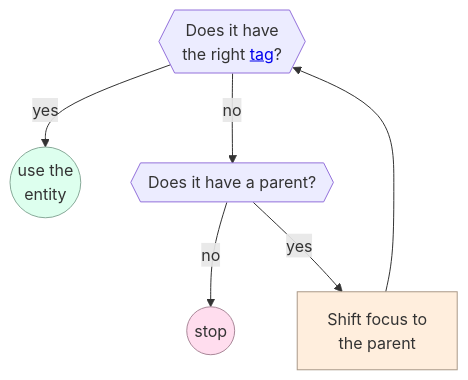
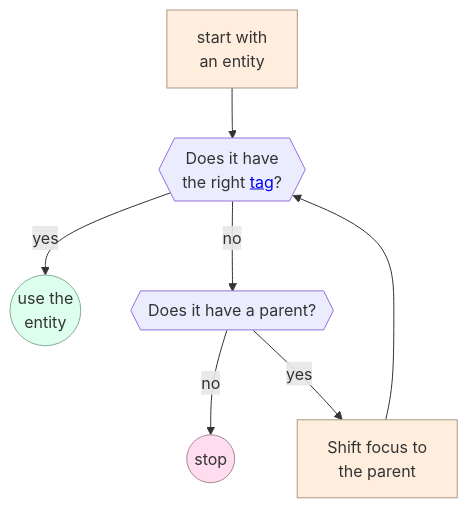
Before and after one commit to MHCPCreators/horizonCreatorManual: the tenth of 16 diagrams in HorizonTechnicalDoc.md, drawn with Mermaid. The commit also changed other lines of this file and 3 other files, not shown here.

````diff
--- a/HorizonTechnicalDoc.md
+++ b/HorizonTechnicalDoc.md
@@ -3907,12 +3961,14 @@
 ```mermaid {align=center}
 flowchart
+  original[start with<br/>an entity] --> entity
   entity{{Does it have<br/>the right <a href="#entity-tags">tag</a>?}} --"yes"--> endEntity((use the<br/>entity))
   entity --"no"--> checkParent{{Does it have a parent?}}
   checkParent --"no"--> bail((stop))
   checkParent --"yes"--> moveToParent[Shift focus to<br/>the parent]
   moveToParent --> entity
 
   style moveToParent fill:#fed,stroke:#a98
+  style original fill:#fed,stroke:#a98
   style endEntity fill:#dfe,stroke:#8a9
   style bail fill:#fde,stroke:#a89
 ```
````
